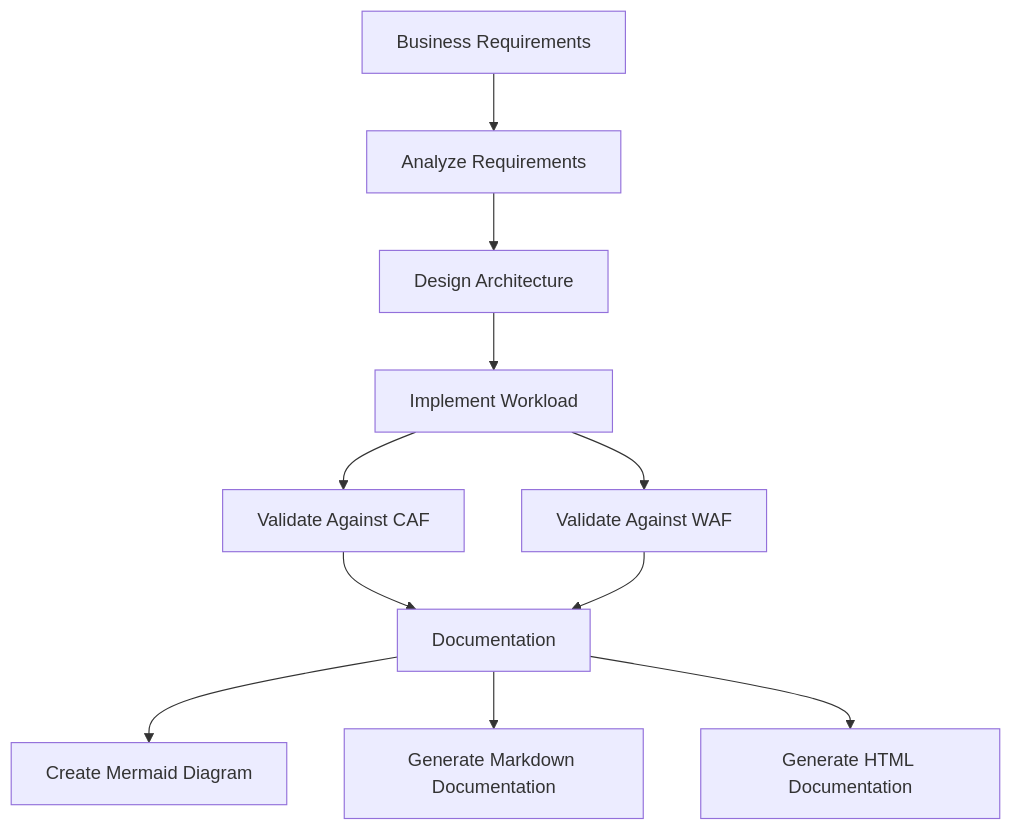
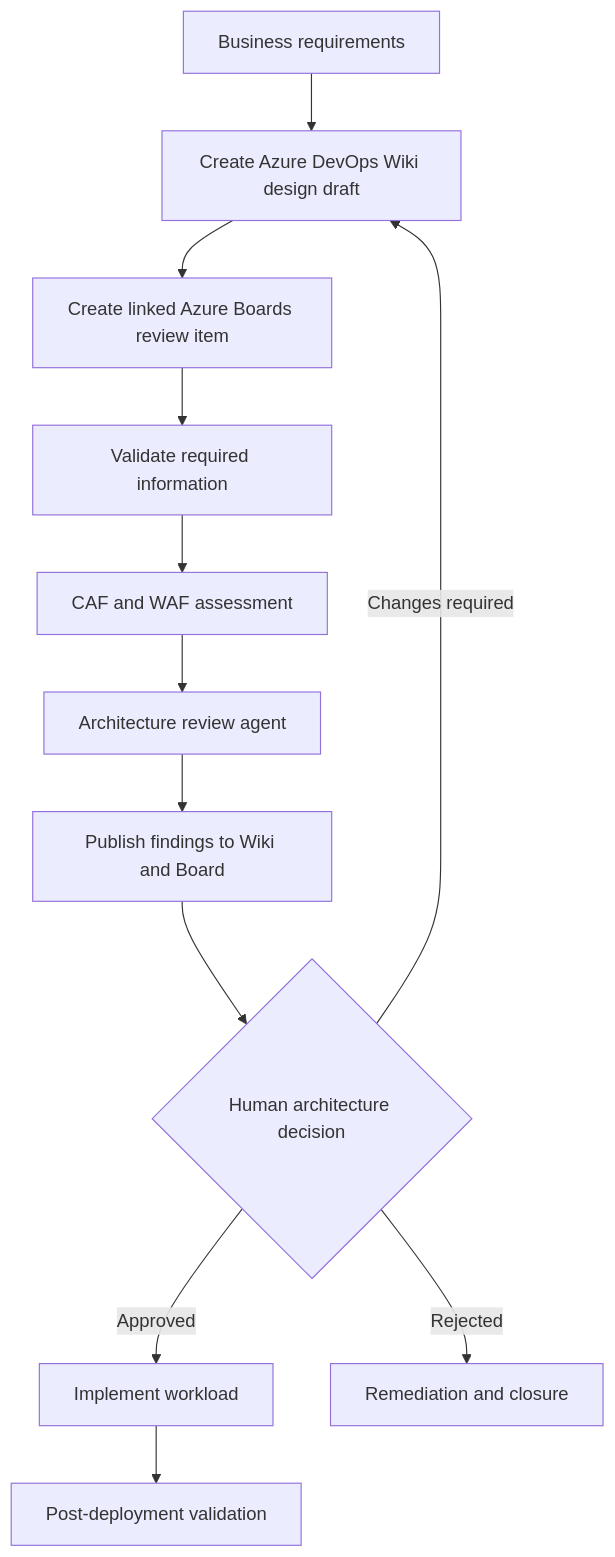
Before and after one commit to madebymj/arch_design_reviews: the diagram in docs/diagrams/architecture-template.mmd, drawn with Mermaid. The commit also changed 25 other files, not shown here.

Commit message:
Add-architecture-review-Function-workflow

```diff
--- a/docs/diagrams/architecture-template.mmd
+++ b/docs/diagrams/architecture-template.mmd
@@ -1,11 +1,12 @@
-graph TD;
-    A[Business Requirements] --> B[Analyze Requirements]
-    B --> C[Design Architecture]
-    C --> D[Implement Workload]
-    D --> E[Validate Against CAF]
-    D --> F[Validate Against WAF]
-    E --> G[Documentation]
-    F --> G
-    G --> H[Create Mermaid Diagram]
-    G --> I[Generate Markdown Documentation]
-    G --> J[Generate HTML Documentation]
+flowchart TD
+    A[Business requirements] --> B[Create Azure DevOps Wiki design draft]
+    B --> C[Create linked Azure Boards review item]
+    C --> D[Validate required information]
+    D --> E[CAF and WAF assessment]
+    E --> F[Architecture review agent]
+    F --> G[Publish findings to Wiki and Board]
+    G --> H{Human architecture decision}
+    H -->|Changes required| B
+    H -->|Approved| I[Implement workload]
+    H -->|Rejected| J[Remediation and closure]
+    I --> K[Post-deployment validation]
```
